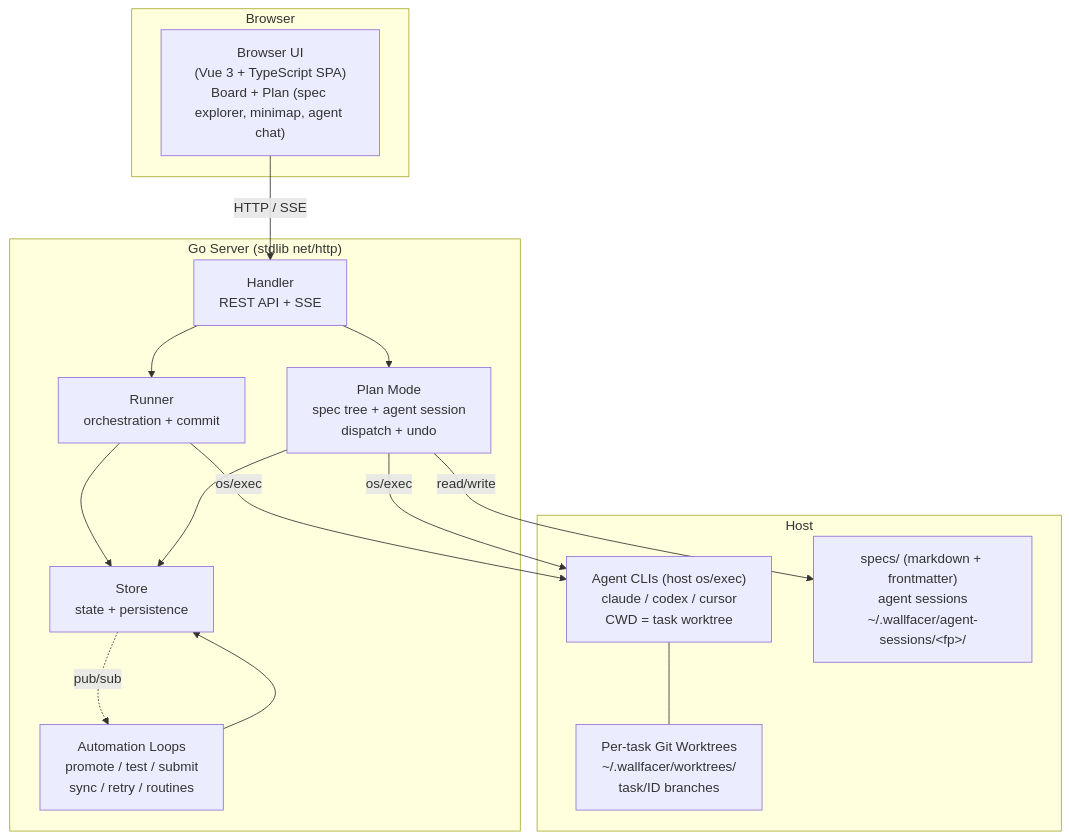
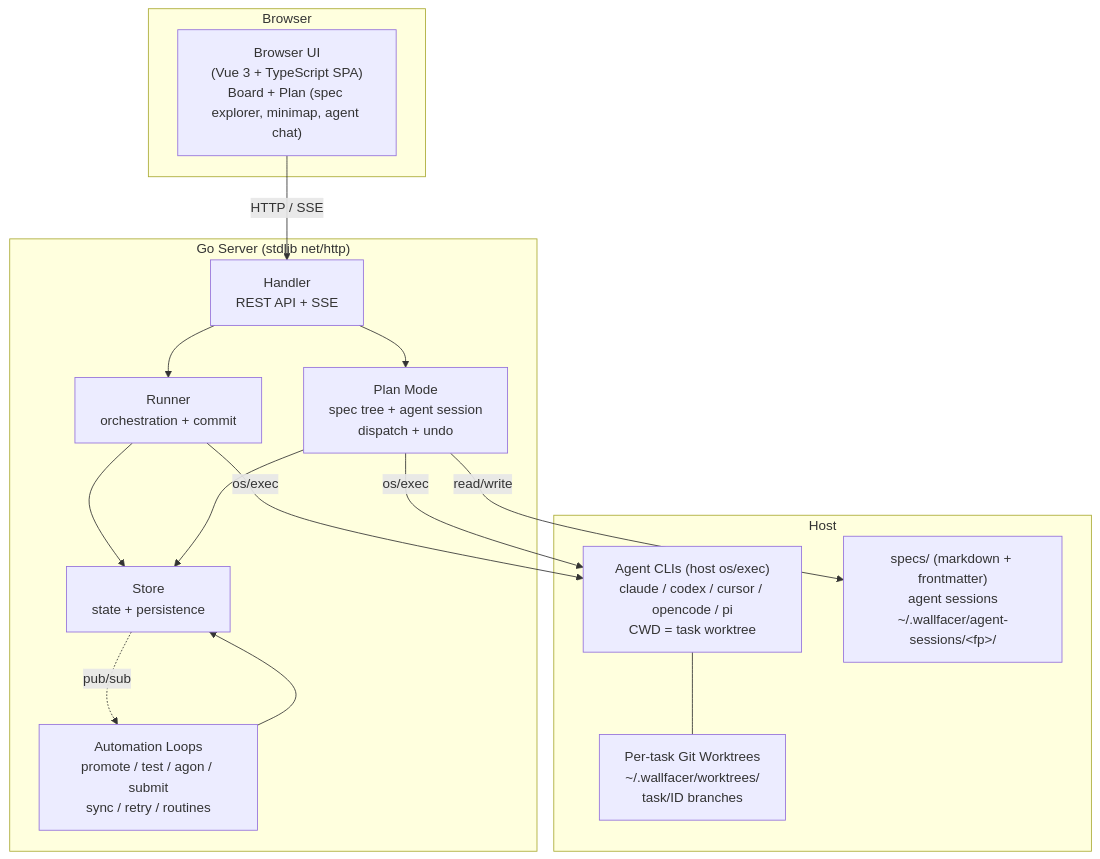
The first of 6 diagrams in docs/internals/architecture.md (changkun/wallfacer), drawn with Mermaid before and after one commit. The commit also changed other lines of this file and 55 other files, not shown here.

````diff
--- a/docs/internals/architecture.md
+++ b/docs/internals/architecture.md
@@ -15,33 +15,33 @@
 ```mermaid
 graph TB
     subgraph Browser
         UI["Browser UI<br/>(Vue 3 + TypeScript SPA)<br/>Board + Plan (spec explorer, minimap, agent chat)"]
     end
 
     subgraph Server["Go Server (stdlib net/http)"]
         Handler["Handler<br/>REST API + SSE"]
         Runner["Runner<br/>orchestration + commit"]
         Store["Store<br/>state + persistence"]
-        Automation["Automation Loops<br/>promote / test / submit<br/>sync / retry / routines"]
+        Automation["Automation Loops<br/>promote / test / agon / submit<br/>sync / retry / routines"]
         Plan["Plan Mode<br/>spec tree + agent session<br/>dispatch + undo"]
 
         Handler --> Runner
         Handler --> Plan
         Runner --> Store
         Automation --> Store
         Plan --> Store
         Store -.->|pub/sub| Automation
     end
 
     subgraph Infra["Host"]
-        Agents["Agent CLIs (host os/exec)<br/>claude / codex / cursor<br/>CWD = task worktree"]
+        Agents["Agent CLIs (host os/exec)<br/>claude / codex / cursor / opencode / pi<br/>CWD = task worktree"]
         Worktrees["Per-task Git Worktrees<br/>~/.wallfacer/worktrees/<br/>task/ID branches"]
         SpecsFS["specs/ (markdown + frontmatter)<br/>agent sessions<br/>~/.wallfacer/agent-sessions/&lt;fp&gt;/"]
         Agents --- Worktrees
     end
 
     UI -->|"HTTP / SSE"| Handler
     Runner -->|os/exec| Agents
     Plan -->|os/exec| Agents
     Plan -->|read/write| SpecsFS
 ```
````
